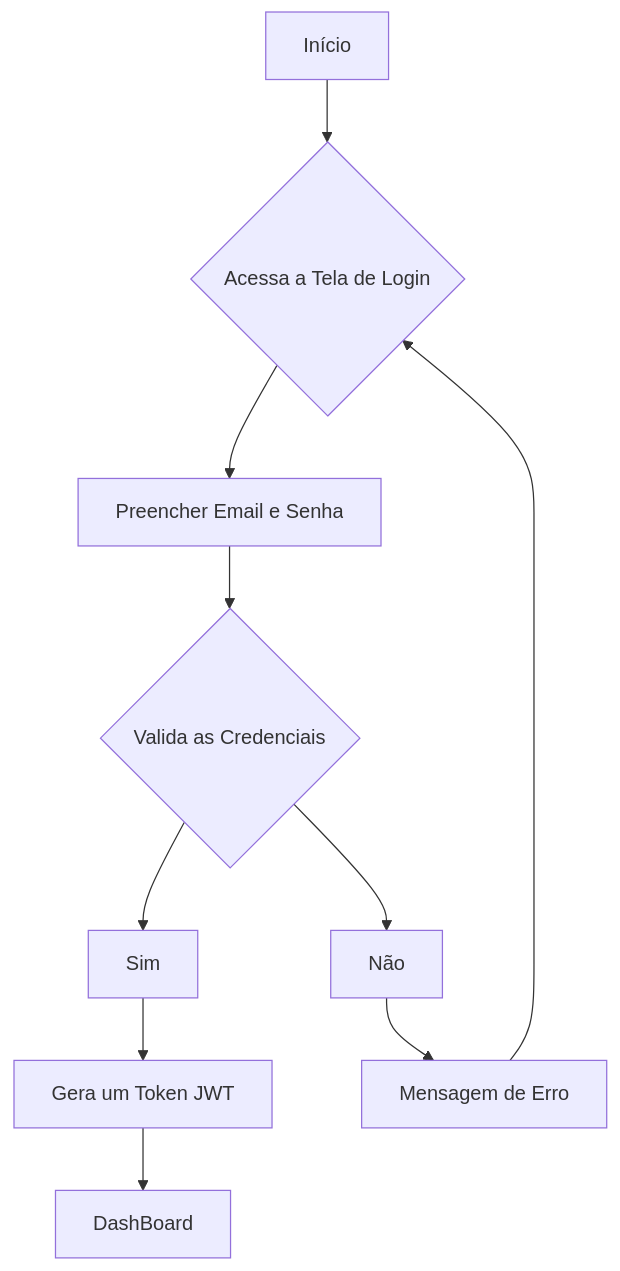
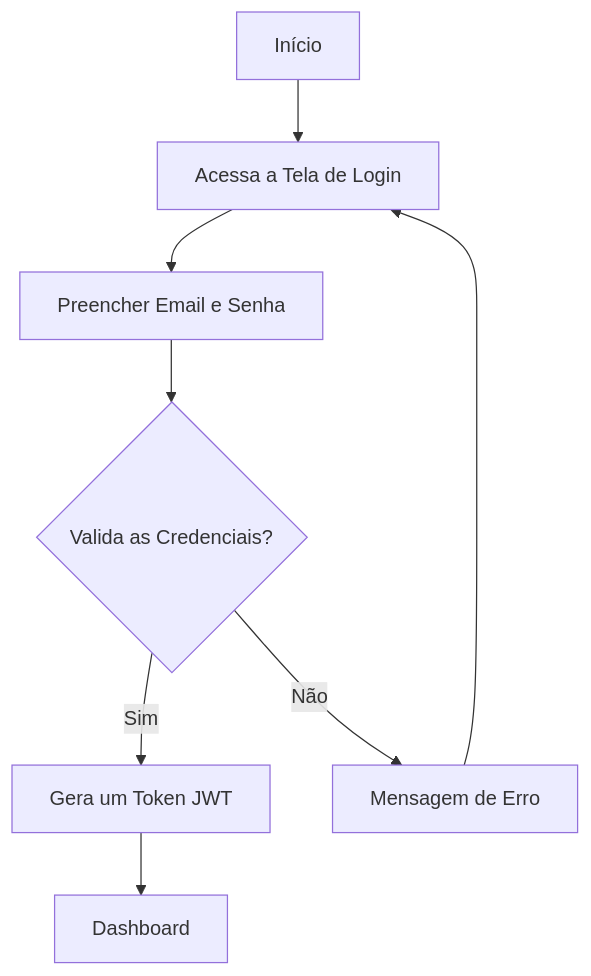
Before and after one commit to Pietro-Amorim/CursoFrontEnd: the third of 3 diagrams in FrameWorks/Next/formativa-sgm/README.md, drawn with Mermaid. The commit also changed other lines of this file, not shown here.

````diff
--- a/FrameWorks/Next/formativa-sgm/README.md
+++ b/FrameWorks/Next/formativa-sgm/README.md
@@ -145,12 +169,10 @@
 ```mermaid
-
 graph TD
-    A[Início] --> B{Acessa a Tela de Login}
+    A[Início] --> B[Acessa a Tela de Login]
     B --> C[Preencher Email e Senha]
-    C --> D{Valida as Credenciais}
-    D --> Sim --> E[Gera um Token JWT]
-    E --> F[DashBoard]
-    D --> Não --> K[Mensagem de Erro]
+    C --> D{Valida as Credenciais?}
+    D -->|Sim| E[Gera um Token JWT]
+    E --> F[Dashboard]
+    D -->|Não| K[Mensagem de Erro]
     K --> B
-
 ```
````
